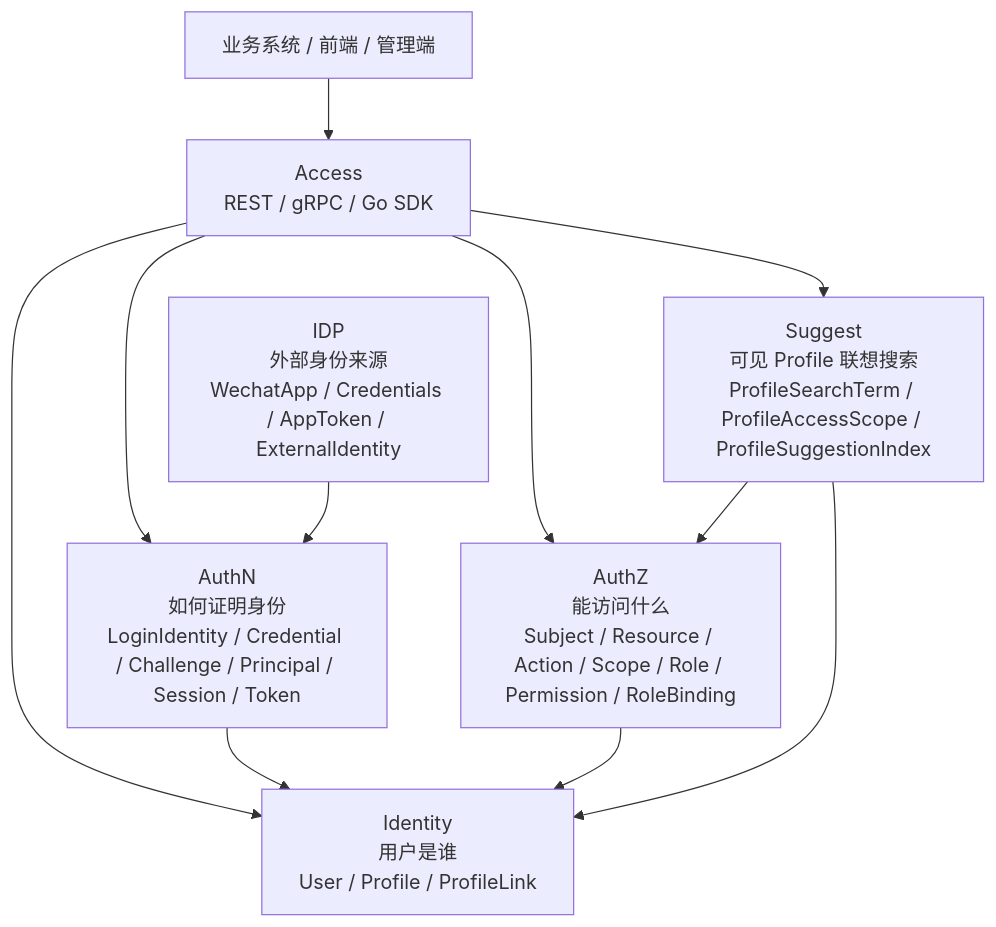
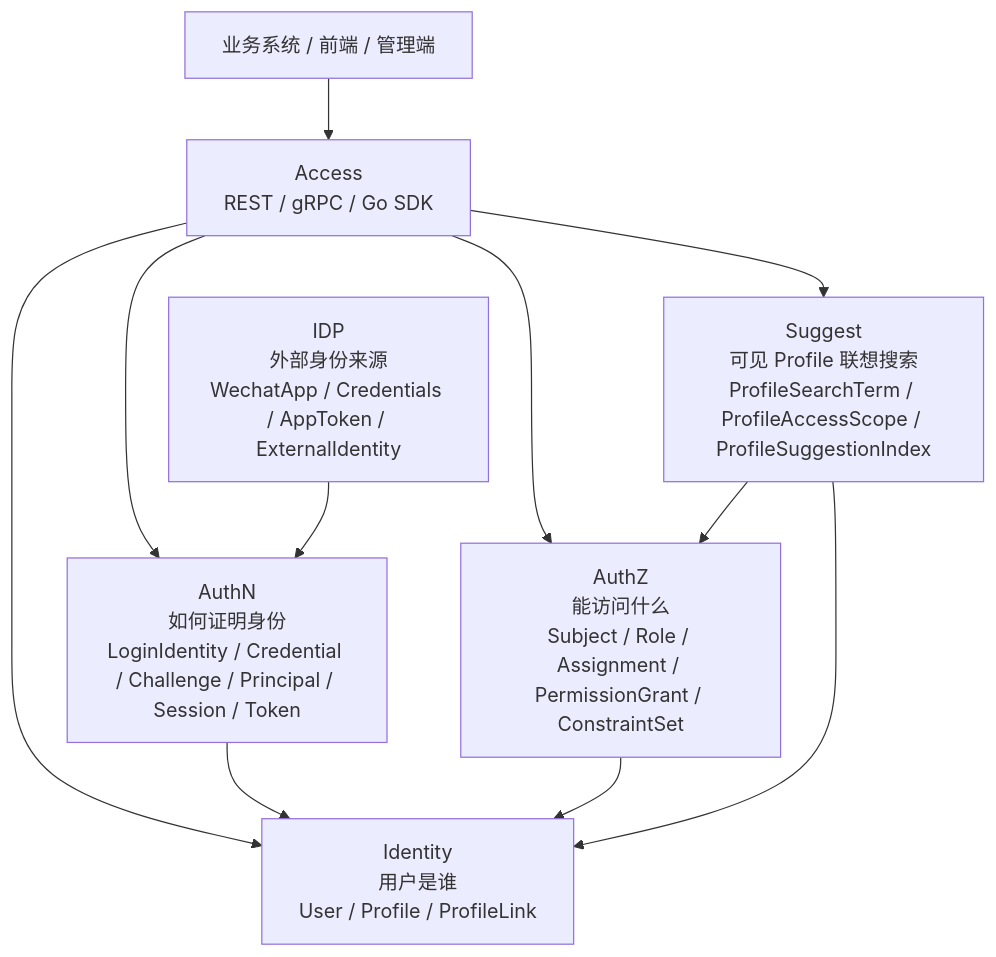
Before and after one commit to FangcunMount/iam: the diagram in docs/00-概览/01-IAM系统定位.md, drawn with Mermaid. The commit also changed 32 other files, not shown here.

````diff
--- a/docs/00-概览/01-IAM系统定位.md
+++ b/docs/00-概览/01-IAM系统定位.md
@@ -49,23 +49,23 @@
 ```mermaid
 flowchart TD
     Client["业务系统 / 前端 / 管理端"]
     Access["Access\nREST / gRPC / Go SDK"]
 
     Identity["Identity\n用户是谁\nUser / Profile / ProfileLink"]
     AuthN["AuthN\n如何证明身份\nLoginIdentity / Credential / Challenge / Principal / Session / Token"]
-    AuthZ["AuthZ\n能访问什么\nSubject / Resource / Action / Scope / Role / Permission / RoleBinding"]
+    AuthZ["AuthZ\n能访问什么\nSubject / Role / Assignment / PermissionGrant / ConstraintSet"]
     IDP["IDP\n外部身份来源\nWechatApp / Credentials / AppToken / ExternalIdentity"]
     Suggest["Suggest\n可见 Profile 联想搜索\nProfileSearchTerm / ProfileAccessScope / ProfileSuggestionIndex"]
 
     Client --> Access
     Access --> Identity
     Access --> AuthN
     Access --> AuthZ
     Access --> Suggest
 
     IDP --> AuthN
     AuthN --> Identity
     AuthZ --> Identity
     Suggest --> Identity
     Suggest --> AuthZ
 ```
````
